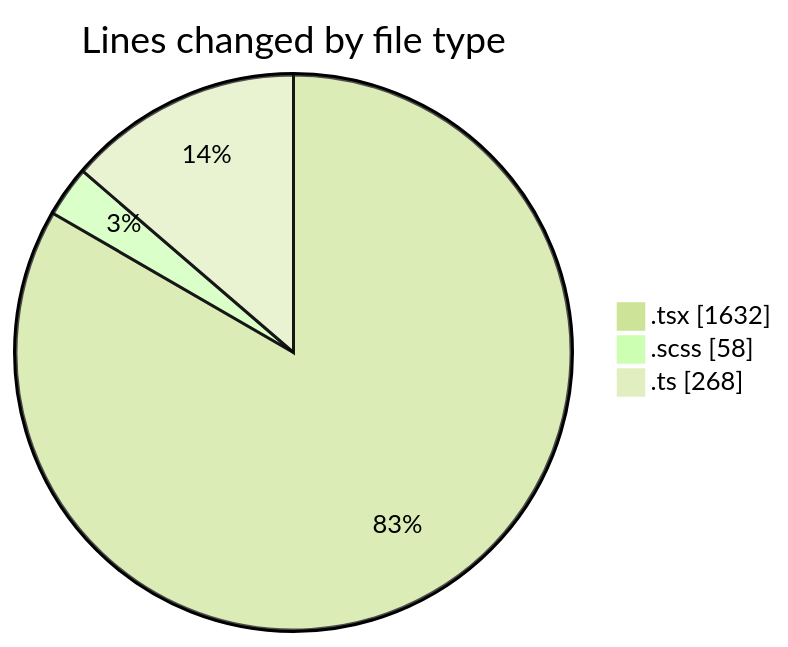
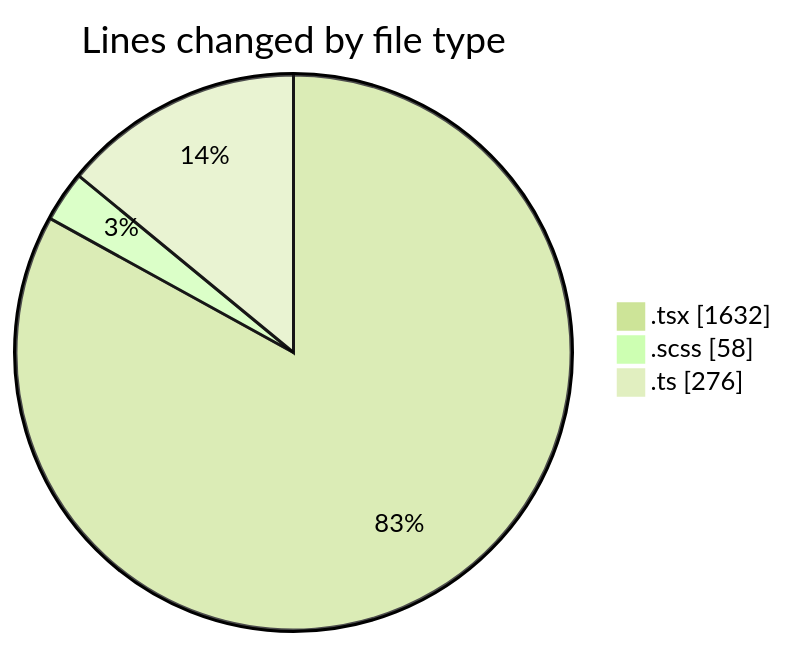
One commit to momahboobian/code-tracking changed the first of 2 diagrams in 2026-10-05/cda/README.md. Above: the diagram before and after it, drawn with Mermaid (forest theme). The commit also changed other lines of this file and 1 other file, not shown here.

````diff
--- a/2026-10-05/cda/README.md
+++ b/2026-10-05/cda/README.md
@@ -32,7 +32,7 @@
 ```mermaid
 pie showData
 title Lines changed by file type
 ".tsx" : 1632
 ".scss" : 58
-".ts" : 268
+".ts" : 276
 ```
````
